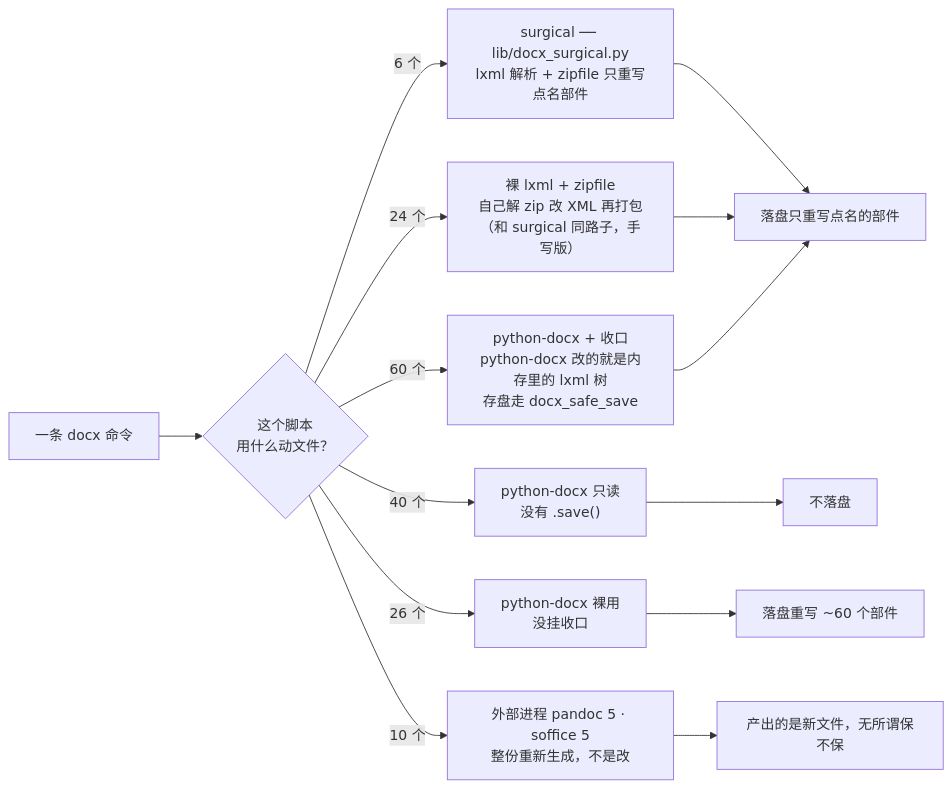
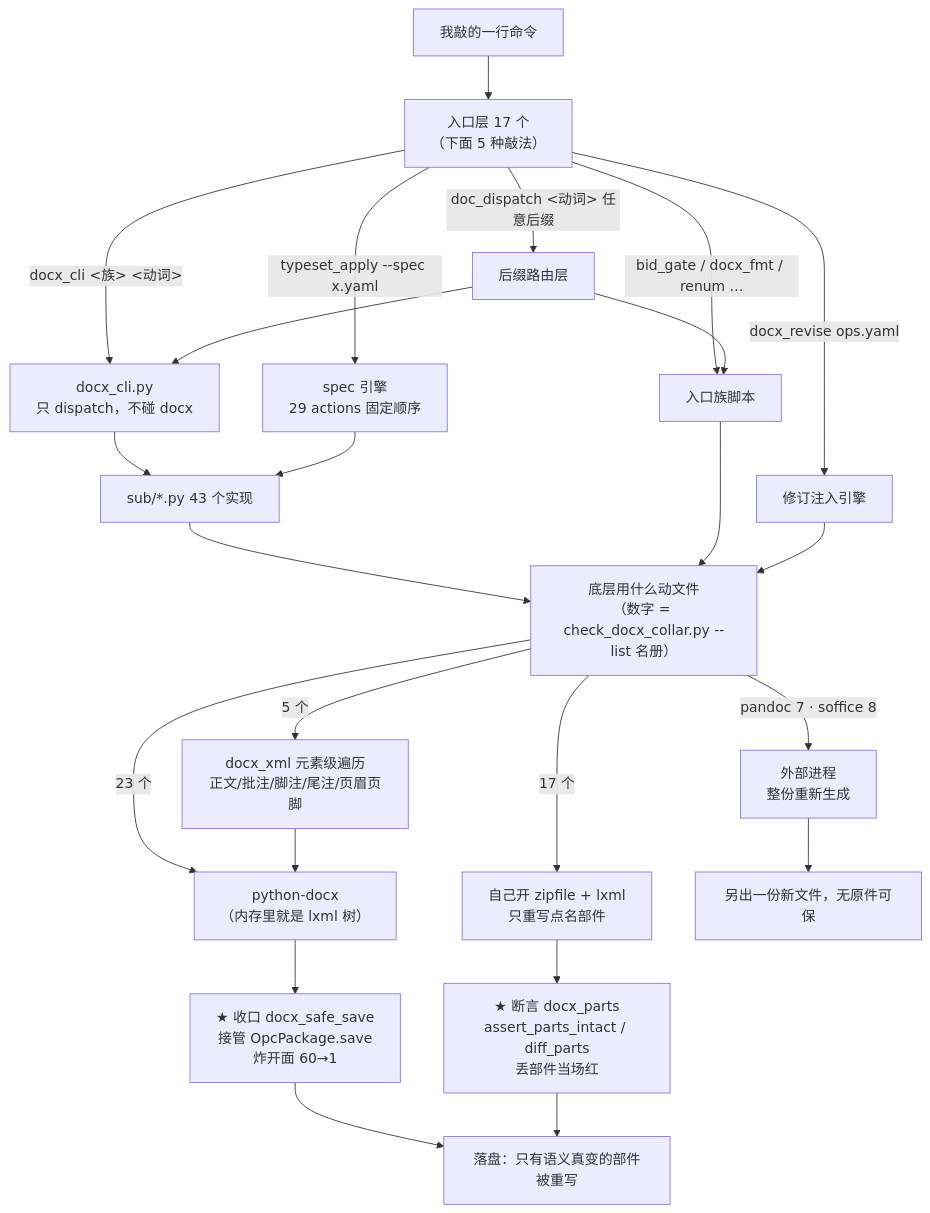
Before and after one commit to zengtianli/doctools: the diagram in handoffs/docx-scripts-inventory.md, drawn with Mermaid. The commit also changed other lines of this file and 3 other files, not shown here.

````diff
--- a/handoffs/docx-scripts-inventory.md
+++ b/handoffs/docx-scripts-inventory.md
@@ -12,18 +63,29 @@
 ```mermaid
-flowchart LR
-    A["一条 docx 命令"] --> B{"这个脚本<br/>用什么动文件？"}
+flowchart TB
+    U["我敲的一行命令"] --> R["入口层 17 个<br/>（下面 5 种敲法）"]
+    R -->|"docx_cli &lt;族&gt; &lt;动词&gt;"| CLI["docx_cli.py<br/>只 dispatch，不碰 docx"]
+    R -->|"typeset_apply --spec x.yaml"| SPEC["spec 引擎<br/>29 actions 固定顺序"]
+    R -->|"docx_revise ops.yaml"| REV["修订注入引擎"]
+    R -->|"bid_gate / docx_fmt / renum …"| ENT["入口族脚本"]
+    R -->|"doc_dispatch &lt;动词&gt; 任意后缀"| DIS["后缀路由层"]
 
-    B -->|"6 个"| S["surgical ── lib/docx_surgical.py<br/>lxml 解析 + zipfile 只重写点名部件"]
-    B -->|"24 个"| L["裸 lxml + zipfile<br/>自己解 zip 改 XML 再打包<br/>（和 surgical 同路子，手写版）"]
-    B -->|"60 个"| P["python-docx + 收口<br/>python-docx 改的就是内存里的 lxml 树<br/>存盘走 docx_safe_save"]
-    B -->|"40 个"| R["python-docx 只读<br/>没有 .save()"]
-    B -->|"26 个"| N["python-docx 裸用<br/>没挂收口"]
-    B -->|"10 个"| X["外部进程 pandoc 5 · soffice 5<br/>整份重新生成，不是改"]
+    CLI --> SUB["sub/*.py 43 个实现"]
+    DIS --> CLI
+    DIS --> ENT
+    SPEC --> SUB
+    SUB --> E["底层用什么动文件<br/>（数字 = check_docx_collar.py --list 名册）"]
+    ENT --> E
+    REV --> E
 
-    S --> OK["落盘只重写点名的部件"]
-    L --> OK
-    P --> OK
-    R --> NO["不落盘"]
-    N --> BAD["落盘重写 ~60 个部件"]
-    X --> GEN["产出的是新文件，无所谓保不保"]
+    E -->|"23 个"| P["python-docx<br/>（内存里就是 lxml 树）"]
+    E -->|"17 个"| Z["自己开 zipfile + lxml<br/>只重写点名部件"]
+    E -->|"5 个"| X["docx_xml 元素级遍历<br/>正文/批注/脚注/尾注/页眉页脚"]
+    E -->|"pandoc 7 · soffice 8"| O["外部进程<br/>整份重新生成"]
+
+    P --> C1["★ 收口 docx_safe_save<br/>接管 OpcPackage.save<br/>炸开面 60→1"]
+    Z --> C2["★ 断言 docx_parts<br/>assert_parts_intact / diff_parts<br/>丢部件当场红"]
+    X --> P
+    C1 --> OUT["落盘：只有语义真变的部件被重写"]
+    C2 --> OUT
+    O --> NEW["另出一份新文件，无原件可保"]
 ```
````
